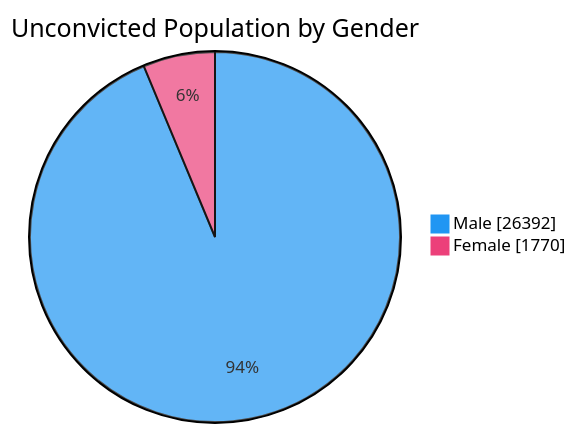
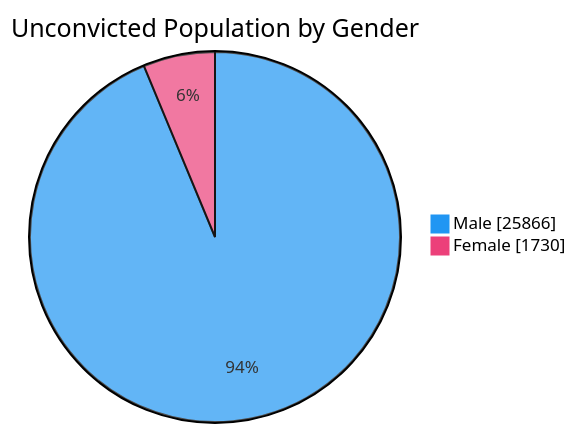
The fourth of 7 diagrams in README.md (nuuuwan/lk_prisons), drawn with Mermaid before and after one commit. The commit also changed other lines of this file and 1 other file, not shown here.

````diff
--- a/README.md
+++ b/README.md
@@ -76,6 +76,6 @@
 ```mermaid
 %%{init: {'themeVariables': {'pie1': '#2196F3', 'pie2': '#EC407A'}}}%%
 pie showData title Unconvicted Population by Gender
-    "Male" : 26392
-    "Female" : 1770
+    "Male" : 25866
+    "Female" : 1730
 ```
````
